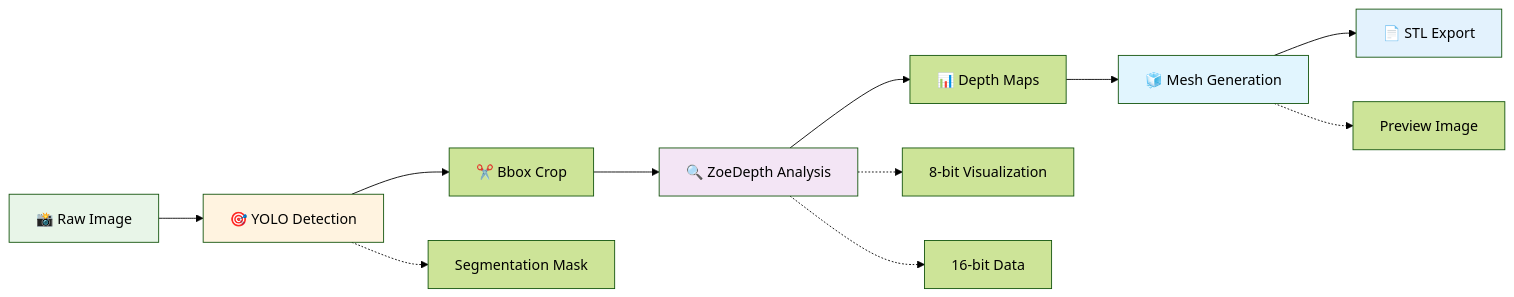
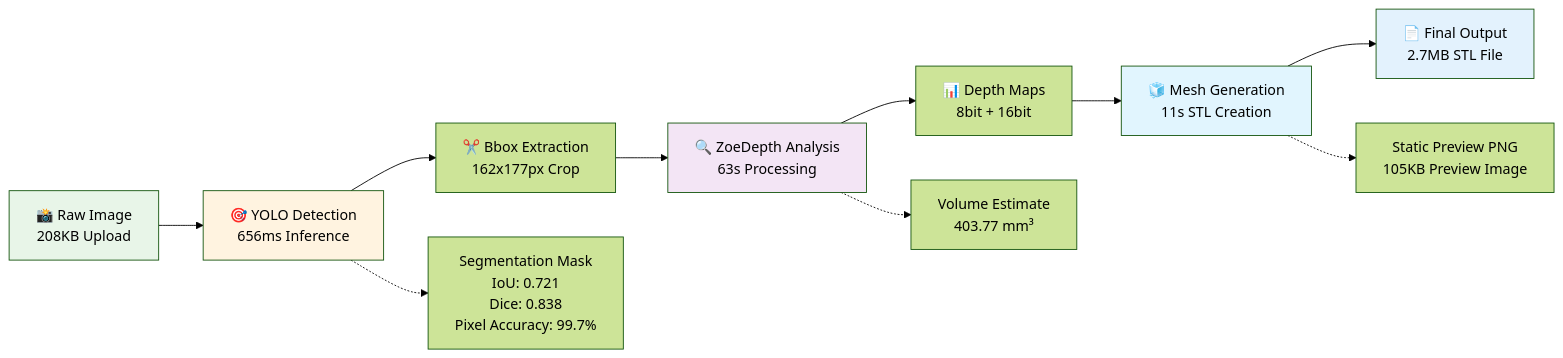
Before and after one commit to ansemin/HydroFast: the second of 2 diagrams in README.md, drawn with Mermaid (forest theme). The commit also changed other lines of this file and 1 other file, not shown here.

Commit message:
feat: Add HydroFast logo image for enhanced branding in the application

````diff
--- a/README.md
+++ b/README.md
@@ -64,20 +182,19 @@
 ```mermaid
 flowchart LR
-    A[📸 Raw Image] --> B[🎯 YOLO Detection]
-    B --> C[✂️ Bbox Crop]
-    C --> D[🔍 ZoeDepth Analysis]
-    D --> E[📊 Depth Maps]
-    E --> F[🧊 Mesh Generation]
-    F --> G[📄 STL Export]
+    A[📸 Raw Image<br/>208KB Upload] --> B[🎯 YOLO Detection<br/>656ms Inference]
+    B --> C[✂️ Bbox Extraction<br/>162x177px Crop]
+    C --> D[🔍 ZoeDepth Analysis<br/>63s Processing]
+    D --> E[📊 Depth Maps<br/>8bit + 16bit]
+    E --> F[🧊 Mesh Generation<br/>11s STL Creation]
+    F --> G[📄 Final Output<br/>2.7MB STL File]
     
-    B -.-> B1[Segmentation Mask]
-    D -.-> D1[8-bit Visualization]
-    D -.-> D2[16-bit Data]
-    F -.-> F1[Preview Image]
+    B -.-> B1[Segmentation Mask<br/>IoU: 0.721<br/>Dice: 0.838<br/>Pixel Accuracy: 99.7%]
+    D -.-> D1[Volume Estimate<br/>403.77 mm³]
+    F -.-> F1[Static Preview PNG<br/>105KB Preview Image]
     
     style A fill:#e8f5e8
     style G fill:#e3f2fd
     style B fill:#fff3e0
     style D fill:#f3e5f5
     style F fill:#e1f5fe
 ```
````
